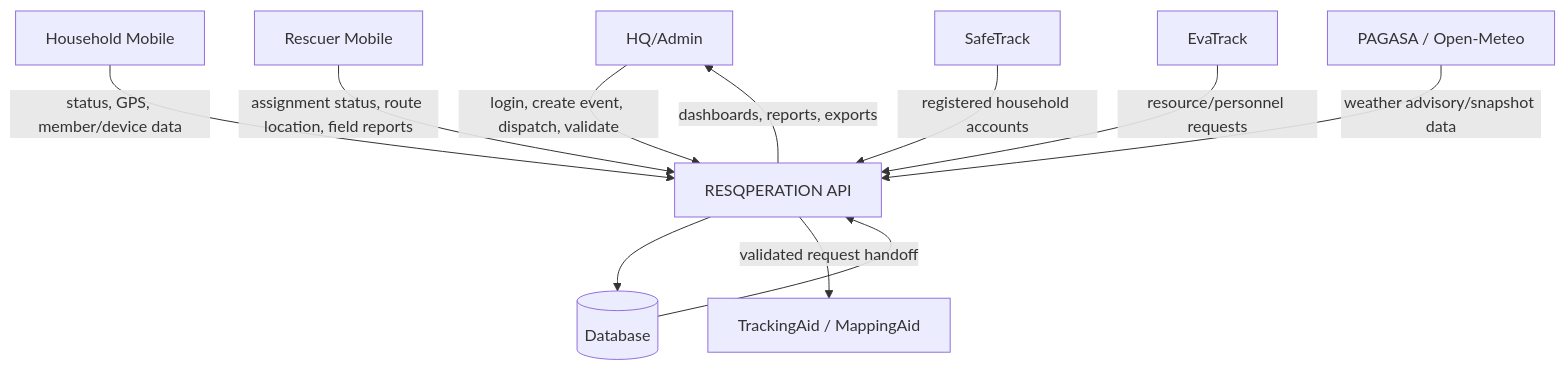
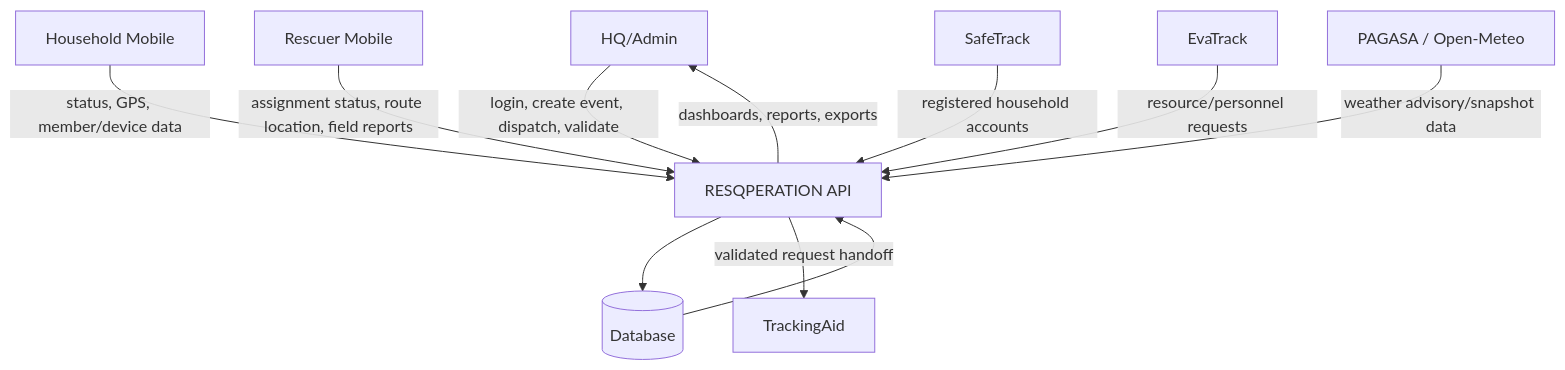
Before and after one commit to pyunpyunn/G10-CAPSTONE: the third of 11 diagrams in docs/RESQPERATION_FINAL_DEFENSE_STUDY_GUIDE_AND_DIAGRAMS.md, drawn with Mermaid. The commit also changed other lines of this file and 85 other files, not shown here.

````diff
--- a/docs/RESQPERATION_FINAL_DEFENSE_STUDY_GUIDE_AND_DIAGRAMS.md
+++ b/docs/RESQPERATION_FINAL_DEFENSE_STUDY_GUIDE_AND_DIAGRAMS.md
@@ -164,13 +164,13 @@
 ```mermaid
 flowchart TD
   A[HQ/Admin] -->|login, create event, dispatch, validate| P1[RESQPERATION API]
   H[Household Mobile] -->|status, GPS, member/device data| P1
   R[Rescuer Mobile] -->|assignment status, route location, field reports| P1
   S[SafeTrack] -->|registered household accounts| P1
   E[EvaTrack] -->|resource/personnel requests| P1
   W[PAGASA / Open-Meteo] -->|weather advisory/snapshot data| P1
   P1 --> D[(Database)]
   D --> P1
-  P1 -->|validated request handoff| T[TrackingAid / MappingAid]
+  P1 -->|validated request handoff| T[TrackingAid]
   P1 -->|dashboards, reports, exports| A
 ```
````
